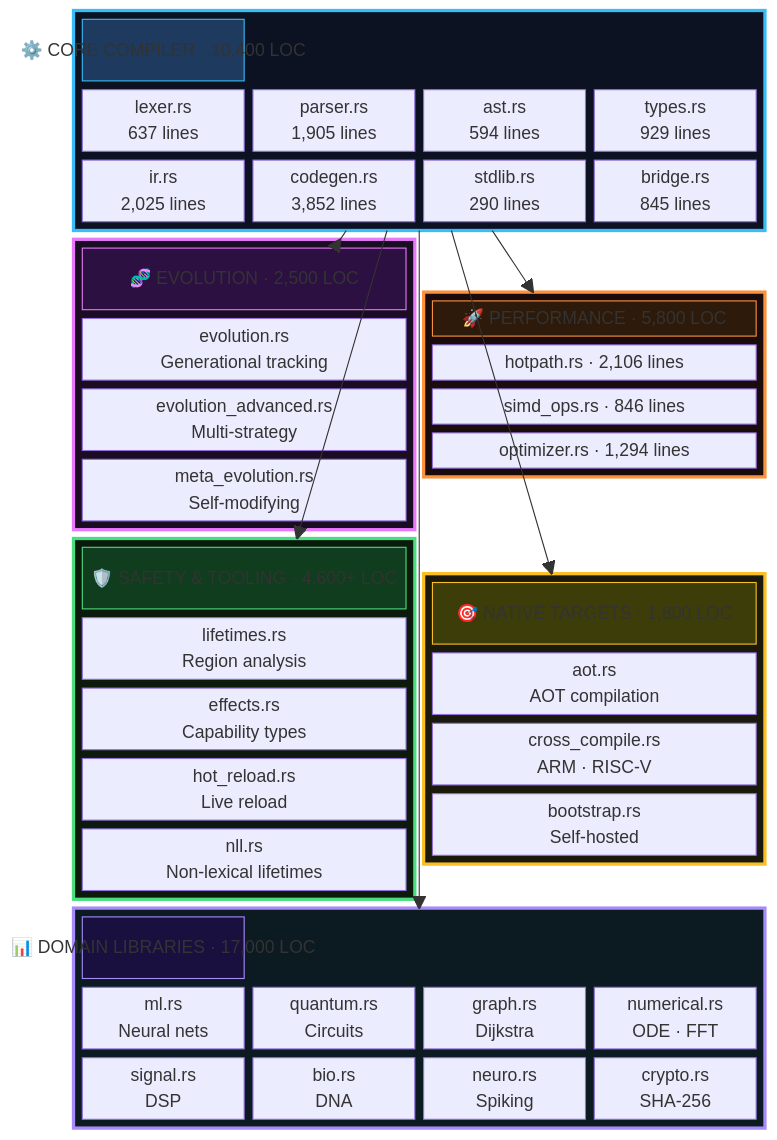
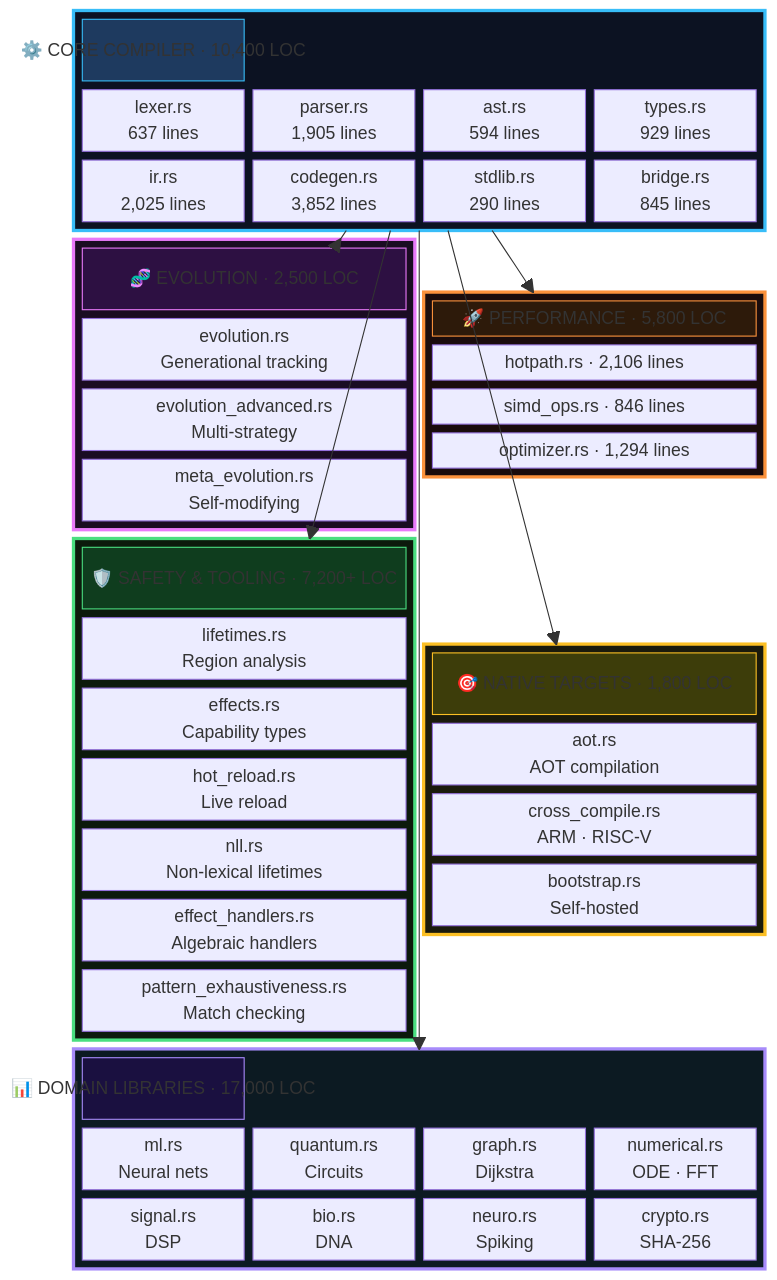
The third of 7 diagrams in README.md (ModernOps888/vitalis), drawn with Mermaid before and after one commit. The commit also changed other lines of this file and 11 other files, not shown here.

First line of the commit message:
feat: v24.0.0 — Effect Handlers & Pattern Exhaustiveness

```diff
--- a/README.md
+++ b/README.md
@@ -186,11 +186,13 @@
 
     block:SAFETY:2
         columns 1
-        SA["🛡️ SAFETY & TOOLING · 4,600+ LOC"]
+        SA["🛡️ SAFETY & TOOLING · 7,200+ LOC"]
         SB["lifetimes.rs\nRegion analysis"]
         SC["effects.rs\nCapability types"]
         SD["hot_reload.rs\nLive reload"]
         SE["nll.rs\nNon-lexical lifetimes"]
+        SF["effect_handlers.rs\nAlgebraic handlers"]
+        SG["pattern_exhaustiveness.rs\nMatch checking"]
     end
 
     block:NATIVE:2
```
